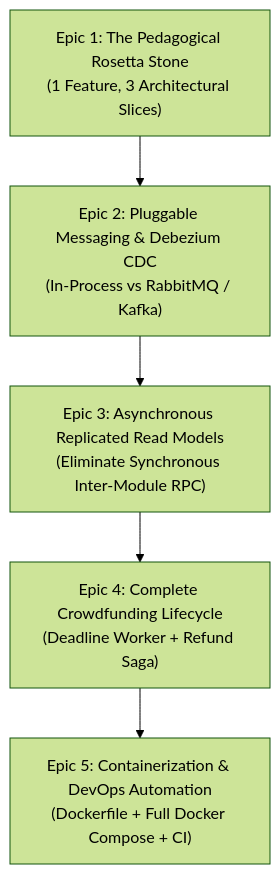
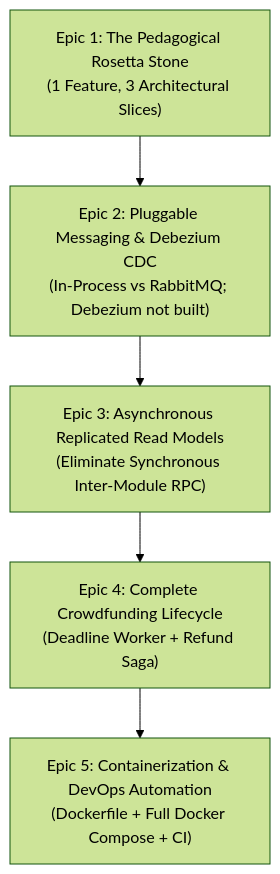
The diagram in educational/03-engineering-spec-and-roadmap/transformation-spec.md (maysamgamini/crowdfundinghub), drawn with Mermaid (forest theme) before and after one commit. The commit also changed other lines of this file and 20 other files, not shown here.

````diff
--- a/educational/03-engineering-spec-and-roadmap/transformation-spec.md
+++ b/educational/03-engineering-spec-and-roadmap/transformation-spec.md
@@ -11,10 +11,10 @@
 ```mermaid
 graph TD
     Epic1["Epic 1: The Pedagogical Rosetta Stone<br/>(1 Feature, 3 Architectural Slices)"]
-    Epic2["Epic 2: Pluggable Messaging & Debezium CDC<br/>(In-Process vs RabbitMQ / Kafka)"]
+    Epic2["Epic 2: Pluggable Messaging & Debezium CDC<br/>(In-Process vs RabbitMQ; Debezium not built)"]
     Epic3["Epic 3: Asynchronous Replicated Read Models<br/>(Eliminate Synchronous Inter-Module RPC)"]
     Epic4["Epic 4: Complete Crowdfunding Lifecycle<br/>(Deadline Worker + Refund Saga)"]
     Epic5["Epic 5: Containerization & DevOps Automation<br/>(Dockerfile + Full Docker Compose + CI)"]
 
     Epic1 --> Epic2 --> Epic3 --> Epic4 --> Epic5
 ```
````
